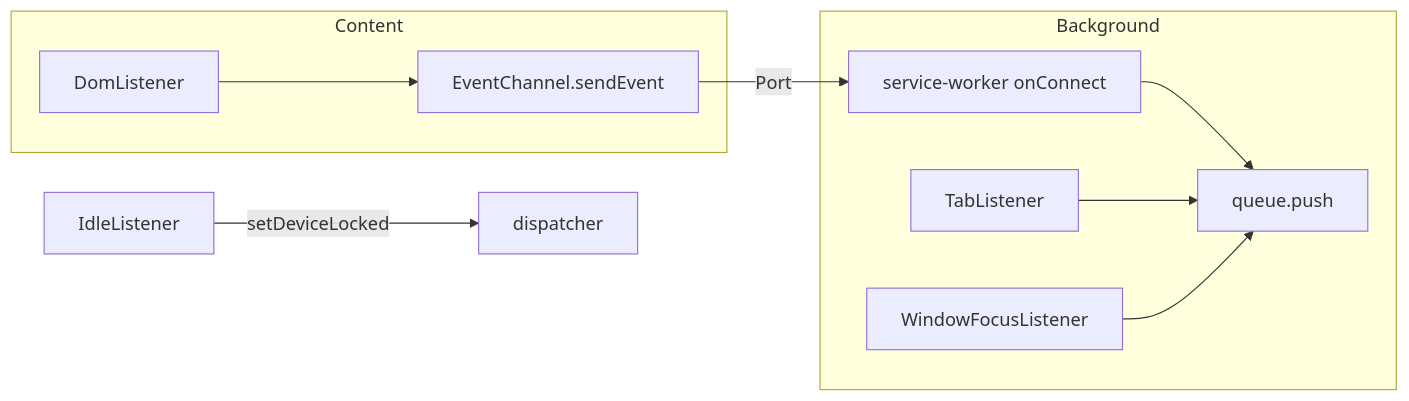
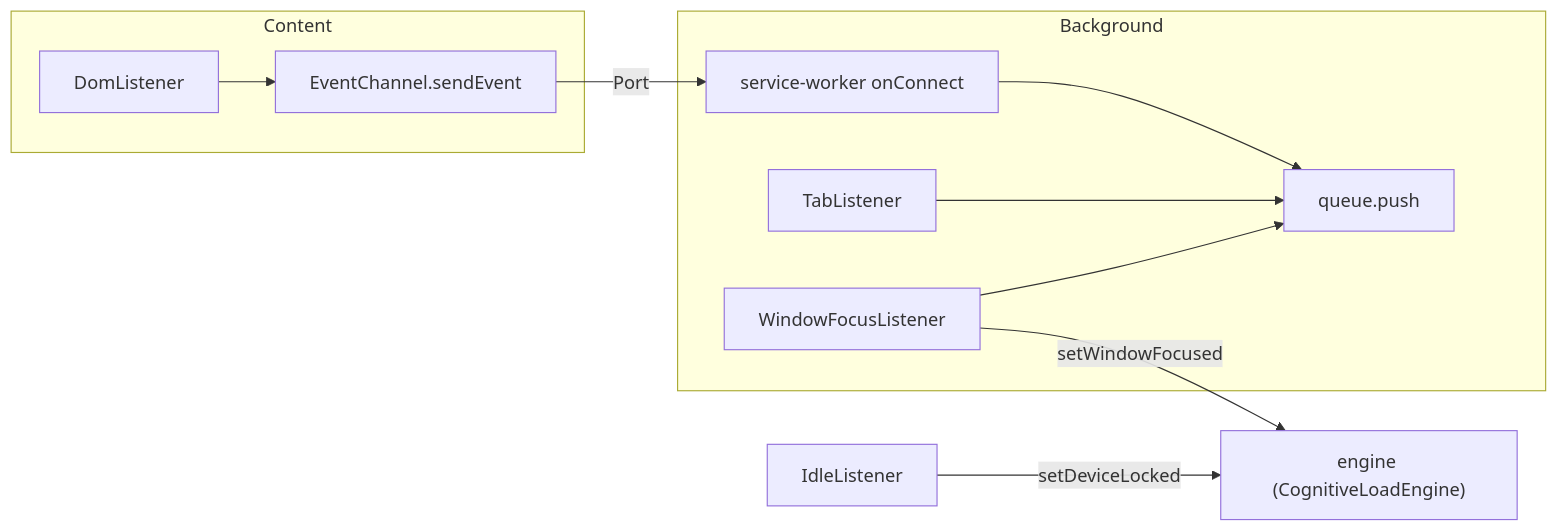
One commit to MingxuanGame/BrainRest changed the diagram in .qoder/repowiki/zh/content/架构设计/事件系统/事件系统.md. Above: the diagram before and after it, drawn with Mermaid. The commit also changed other lines of this file and 70 other files, not shown here.

````diff
--- a/.qoder/repowiki/zh/content/架构设计/事件系统/事件系统.md
+++ b/.qoder/repowiki/zh/content/架构设计/事件系统/事件系统.md
@@ -29,13 +34,14 @@
 ```mermaid
 graph LR
 subgraph Content
 DL["DomListener"] --> EC["EventChannel.sendEvent"]
 end
 subgraph Background
 EC -->|Port| SW["service-worker onConnect"]
 SW --> Q["queue.push"]
 TL["TabListener"] --> Q
 WL["WindowFocusListener"] --> Q
 end
-IL["IdleListener"] -->|setDeviceLocked| D["dispatcher"]
+IL["IdleListener"] -->|setDeviceLocked| D["engine (CognitiveLoadEngine)"]
+WL -->|setWindowFocused| D
 ```
````
